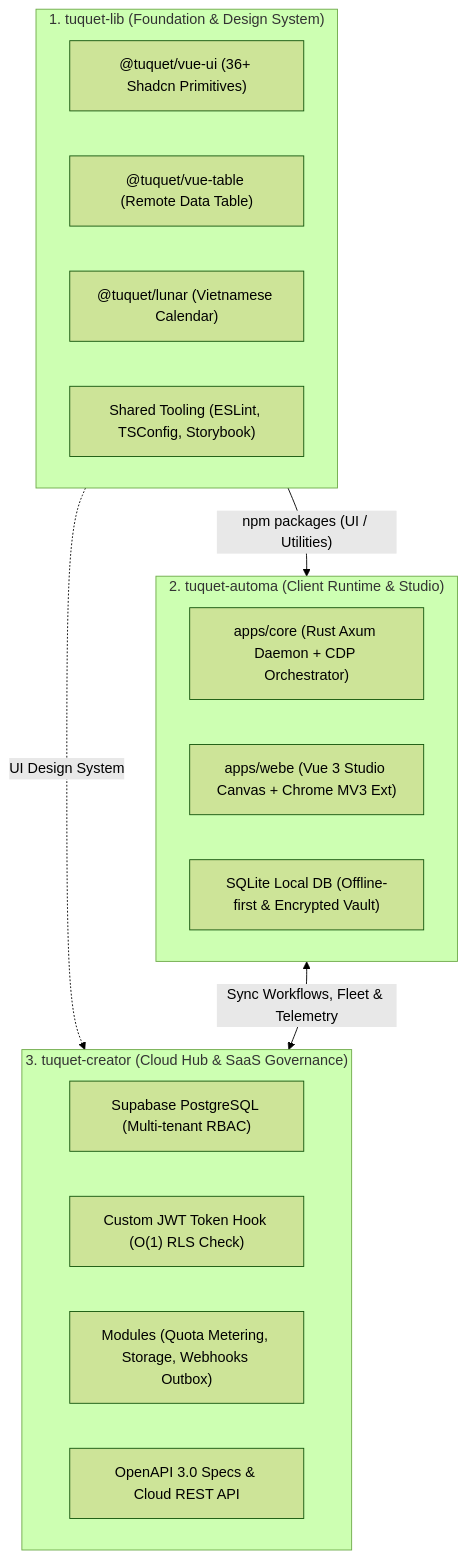
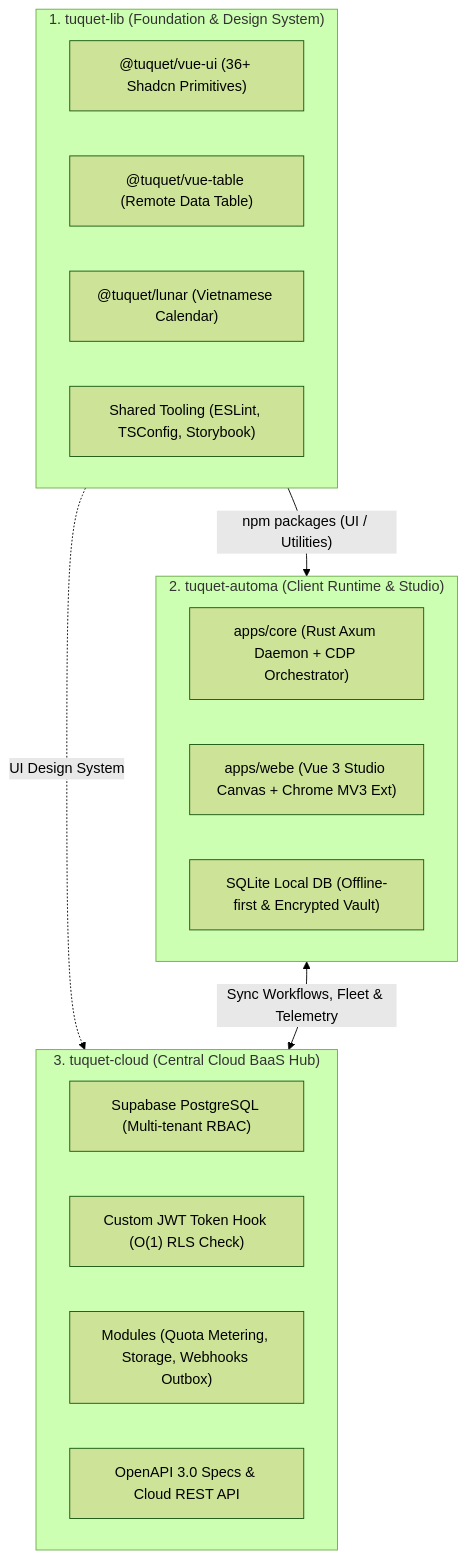
One commit to tuquet/tuquet-lib changed the diagram in ROADMAP.md. Above: the diagram before and after it, drawn with Mermaid (forest theme). The commit also changed other lines of this file, not shown here.

Commit message:
docs: update ecosystem roadmap with tuquet-cloud and verified toolchain

````diff
--- a/ROADMAP.md
+++ b/ROADMAP.md
@@ -11,26 +11,26 @@
 ```mermaid
 flowchart TD
     subgraph LIB["1. tuquet-lib (Foundation & Design System)"]
         UI["@tuquet/vue-ui (36+ Shadcn Primitives)"]
         TABLE["@tuquet/vue-table (Remote Data Table)"]
         LUNAR["@tuquet/lunar (Vietnamese Calendar)"]
         TOOLING["Shared Tooling (ESLint, TSConfig, Storybook)"]
     end
 
     subgraph AUTOMA["2. tuquet-automa (Client Runtime & Studio)"]
         CORE["apps/core (Rust Axum Daemon + CDP Orchestrator)"]
         WEBE["apps/webe (Vue 3 Studio Canvas + Chrome MV3 Ext)"]
         LOCAL_DB["SQLite Local DB (Offline-first & Encrypted Vault)"]
     end
 
-    subgraph CREATOR["3. tuquet-creator (Cloud Hub & SaaS Governance)"]
+    subgraph CLOUD["3. tuquet-cloud (Central Cloud BaaS Hub)"]
         SUPABASE["Supabase PostgreSQL (Multi-tenant RBAC)"]
         JWT["Custom JWT Token Hook (O(1) RLS Check)"]
         MODULES["Modules (Quota Metering, Storage, Webhooks Outbox)"]
         OPENAPI["OpenAPI 3.0 Specs & Cloud REST API"]
     end
 
     LIB -->|"npm packages (UI / Utilities)"| AUTOMA
-    LIB -.->|"UI Design System"| CREATOR
-    AUTOMA <-->|"Sync Workflows, Fleet & Telemetry"| CREATOR
+    LIB -.->|"UI Design System"| CLOUD
+    AUTOMA <-->|"Sync Workflows, Fleet & Telemetry"| CLOUD
 ```
````
